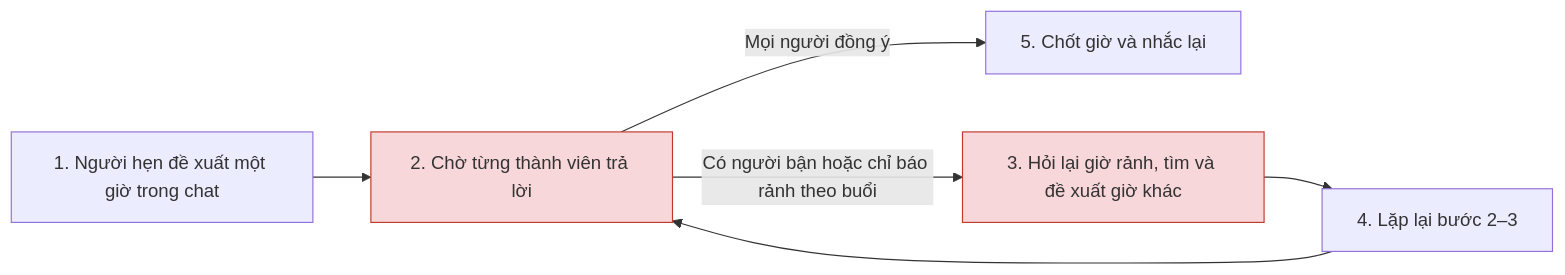
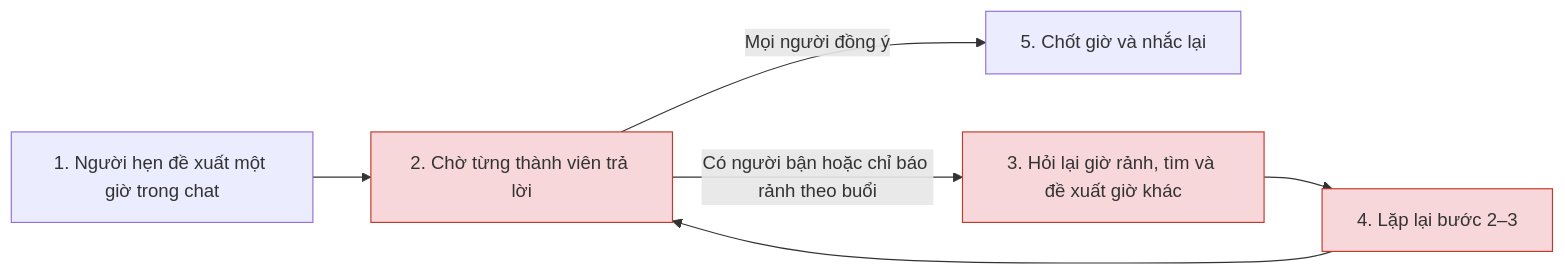
Before and after one commit to duyhale95/K5-L3B-DAY02-UIT-DiscoveryProblemFraming: the first of 2 diagrams in report/team/group_report.md, drawn with Mermaid. The commit also changed other lines of this file and 2 other files, not shown here.

````diff
--- a/report/team/group_report.md
+++ b/report/team/group_report.md
@@ -209,10 +209,11 @@
 ```mermaid
 flowchart LR
   B1["1. Người hẹn đề xuất một giờ trong chat"] --> B2["2. Chờ từng thành viên trả lời"]
   B2 -->|"Mọi người đồng ý"| B5["5. Chốt giờ và nhắc lại"]
   B2 -->|"Có người bận hoặc chỉ báo rảnh theo buổi"| B3["3. Hỏi lại giờ rảnh, tìm và đề xuất giờ khác"]
   B3 --> B4["4. Lặp lại bước 2–3"]
   B4 --> B2
   style B2 fill:#f8d7da,stroke:#c0392b
   style B3 fill:#f8d7da,stroke:#c0392b
+  style B4 fill:#f8d7da,stroke:#c0392b
 ```
````
